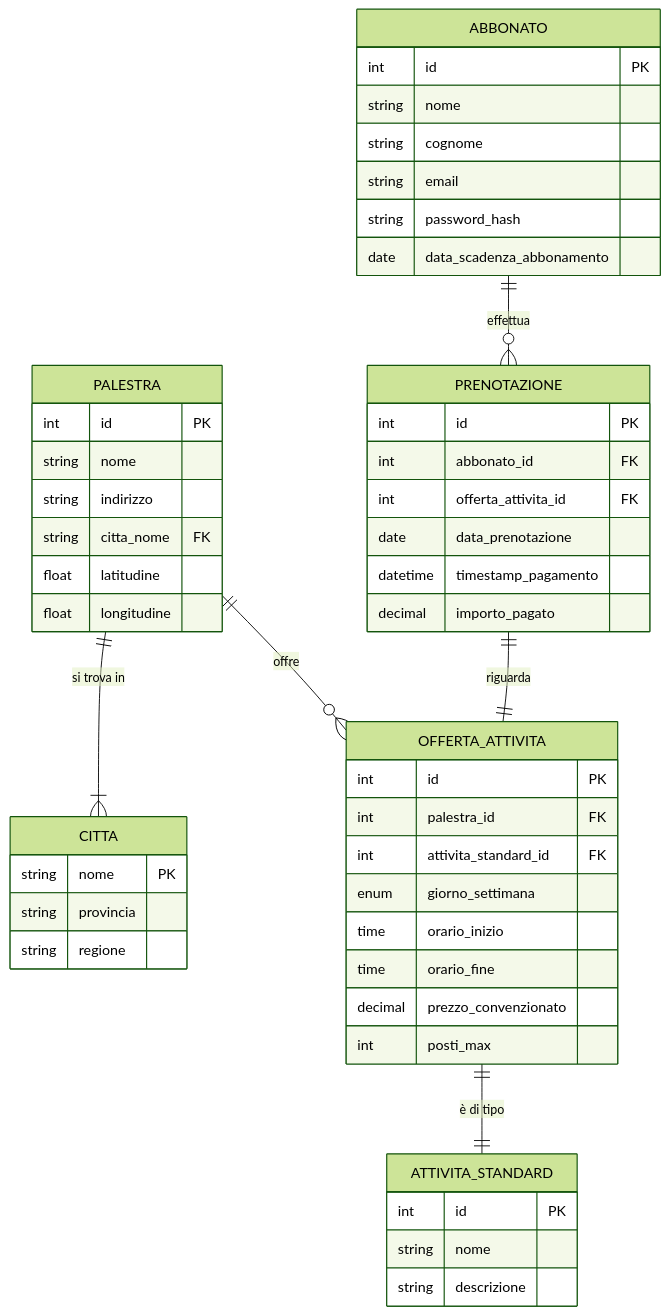
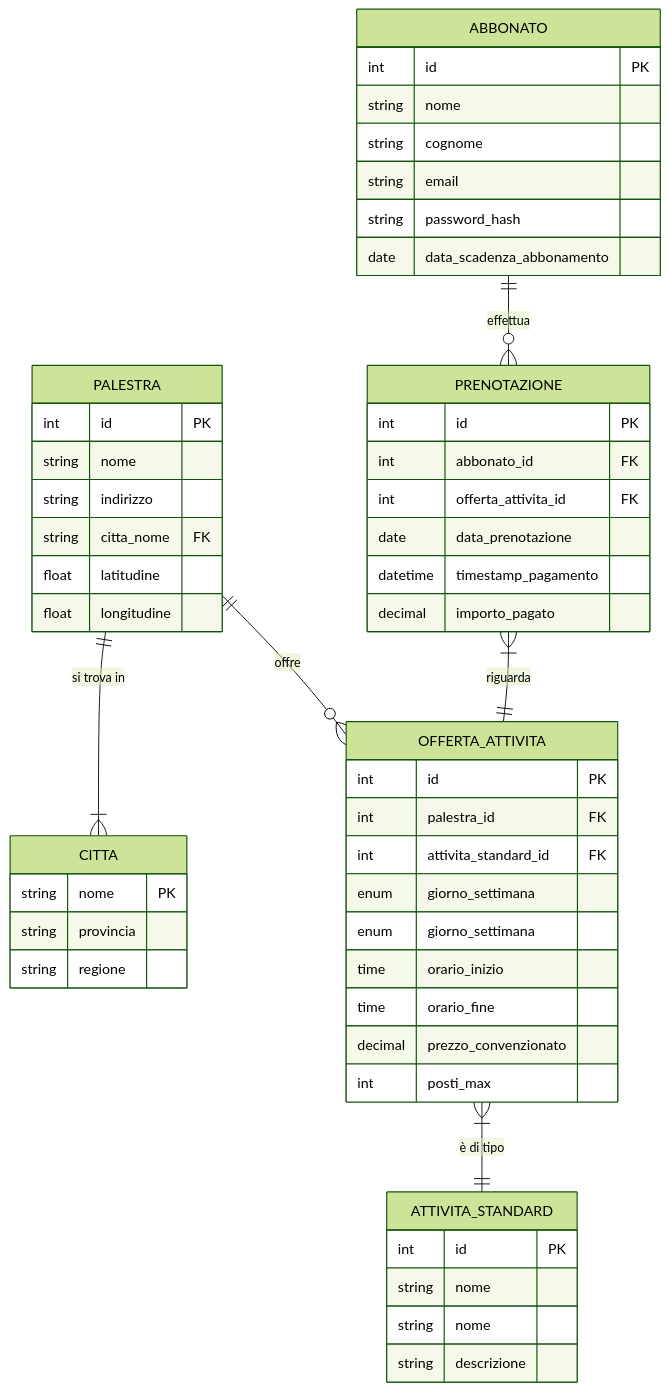
Before and after one commit to angelogalantiscuola/2425_5M: the first of 2 diagrams in exams/state_exams/A038_SUP23/soluzione_A038_SUP23.md, drawn with Mermaid (forest theme). The commit also changed other lines of this file, not shown here.

````diff
--- a/exams/state_exams/A038_SUP23/soluzione_A038_SUP23.md
+++ b/exams/state_exams/A038_SUP23/soluzione_A038_SUP23.md
@@ -64,61 +64,60 @@
 ```mermaid
 erDiagram
-
-    PALESTRA ||--|{ CITTA : "si trova in"
-    PALESTRA ||--o{ OFFERTA_ATTIVITA : offre
-    OFFERTA_ATTIVITA ||--|| ATTIVITA_STANDARD : "è di tipo"
-    ABBONATO ||--o{ PRENOTAZIONE : effettua
-    PRENOTAZIONE ||--|| OFFERTA_ATTIVITA : "riguarda"
-
+    CITTA {
+        string nome PK
+        string provincia
+        string regione
+    }
+    
     PALESTRA {
         int id PK
         string nome
         string indirizzo
         string citta_nome FK
         float latitudine
         float longitudine
+    }
+
+    ATTIVITA_STANDARD {
+        int id PK
+        string nome
+        string nome
+        string descrizione
+    }
+
+    OFFERTA_ATTIVITA {
+        int id PK
+        int palestra_id FK
+        int attivita_standard_id FK
+        enum giorno_settimana
+        enum giorno_settimana
+        time orario_inizio
+        time orario_fine
+        decimal prezzo_convenzionato
+        int posti_max
     }
 
     ABBONATO {
         int id PK
         string nome
         string cognome
         string email
         string password_hash
         date data_scadenza_abbonamento
     }
 
-    ATTIVITA_STANDARD {
-        int id PK
-        string nome
-        string descrizione
-    }
-
-    OFFERTA_ATTIVITA {
-        int id PK
-        int palestra_id FK
-        int attivita_standard_id FK
-        enum giorno_settimana
-        time orario_inizio
-        time orario_fine
-        decimal prezzo_convenzionato
-        int posti_max
-    }
-
     PRENOTAZIONE {
         int id PK
         int abbonato_id FK
         int offerta_attivita_id FK
         date data_prenotazione
         datetime timestamp_pagamento
         decimal importo_pagato
     }
 
-    CITTA {
-        string nome PK
-        string provincia
-        string regione
-    }
-
-
+    PALESTRA ||--|{ CITTA : "si trova in"
+    PALESTRA ||--o{ OFFERTA_ATTIVITA : "offre"
+    OFFERTA_ATTIVITA }|--|| ATTIVITA_STANDARD : "è di tipo"
+    ABBONATO ||--o{ PRENOTAZIONE : "effettua"
+    PRENOTAZIONE }|--|| OFFERTA_ATTIVITA : "riguarda"
 ```
````
